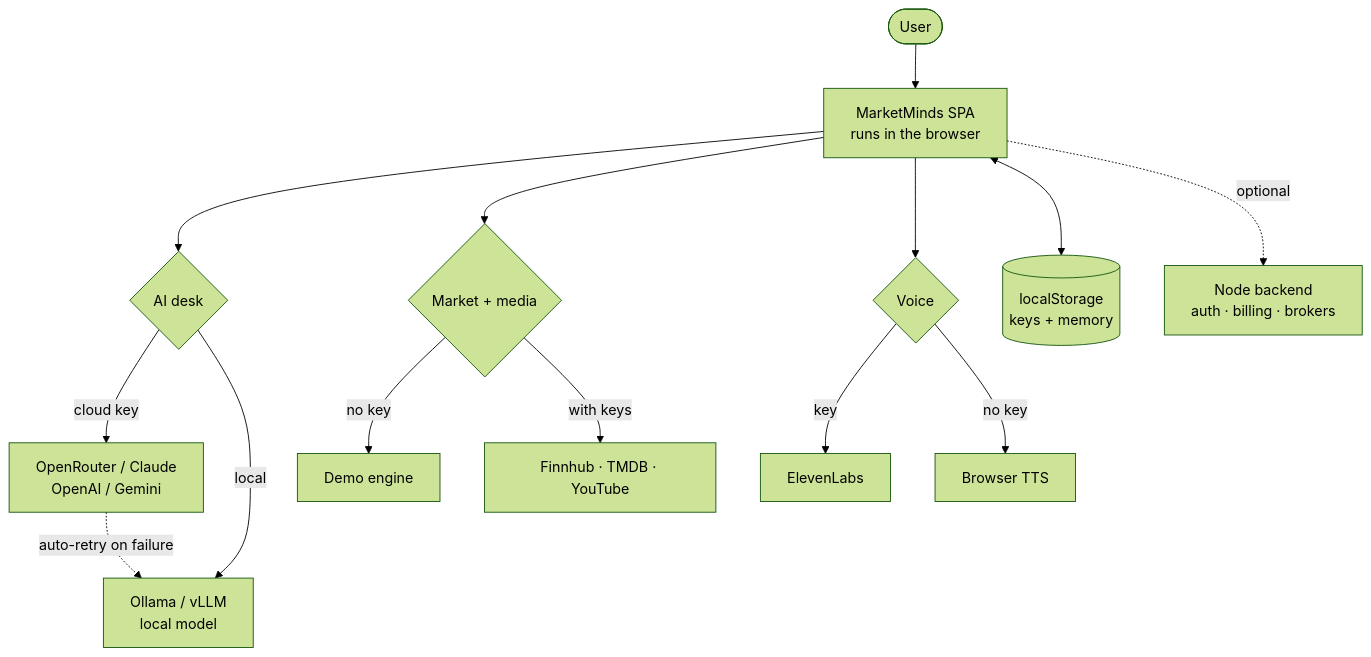
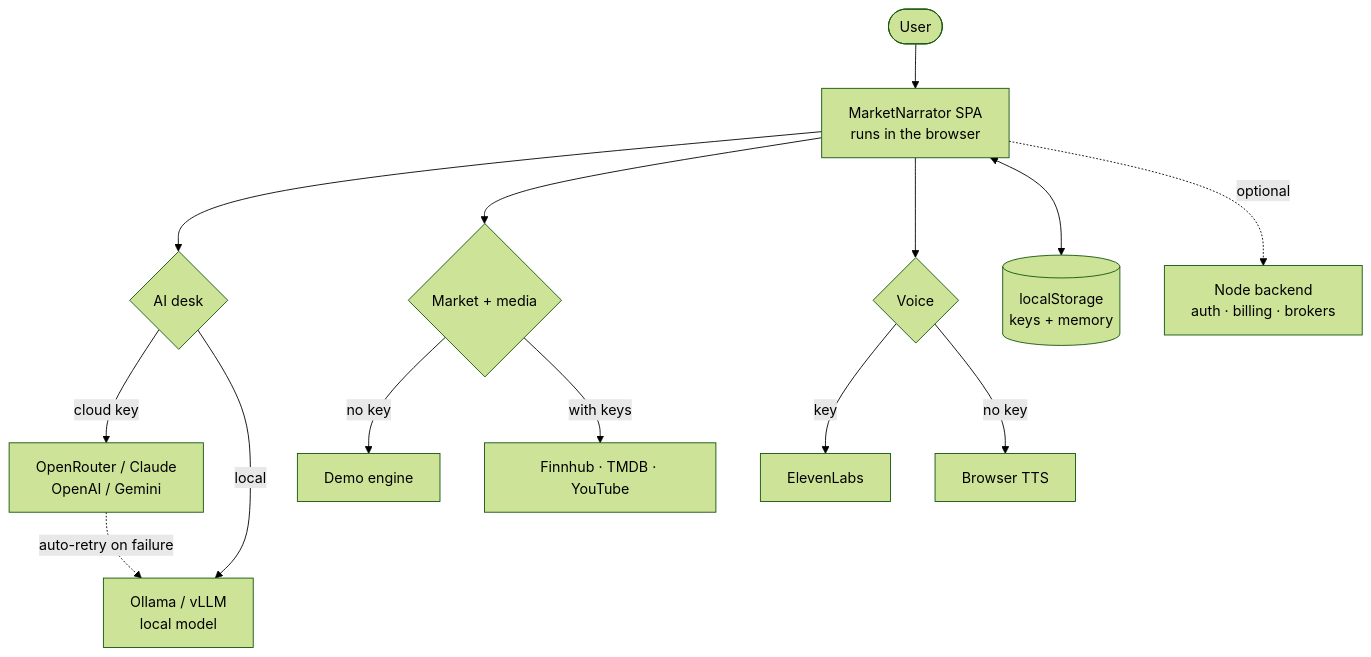
One commit to ryanwien/VantageApplication changed the diagram in README.md. Above: the diagram before and after it, drawn with Mermaid (forest theme). The commit also changed other lines of this file and 41 other files, not shown here.

````diff
--- a/README.md
+++ b/README.md
@@ -27,20 +27,20 @@
 ```mermaid
 flowchart TD
-    U([User]) --> UI["MarketMinds SPA<br/>runs in the browser"]
+    U([User]) --> UI["MarketNarrator SPA<br/>runs in the browser"]
 
     UI --> DESK{AI desk}
     DESK -->|cloud key| CLOUD["OpenRouter / Claude<br/>OpenAI / Gemini"]
     DESK -->|local| LOCAL["Ollama / vLLM<br/>local model"]
     CLOUD -.->|auto-retry on failure| LOCAL
 
     UI --> DATA{Market + media}
     DATA -->|no key| DEMO["Demo engine"]
     DATA -->|with keys| FEEDS["Finnhub · TMDB · YouTube"]
 
     UI --> VOICE{Voice}
     VOICE -->|key| EL["ElevenLabs"]
     VOICE -->|no key| TTS["Browser TTS"]
 
     UI <--> LS[("localStorage<br/>keys + memory")]
     UI -.optional.-> BE["Node backend<br/>auth · billing · brokers"]
 ```
````
